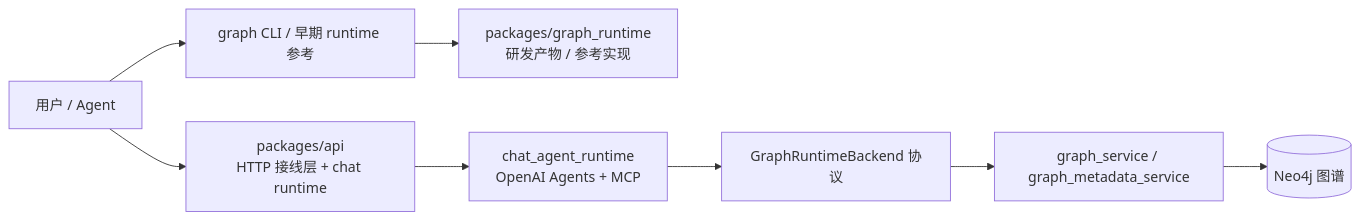
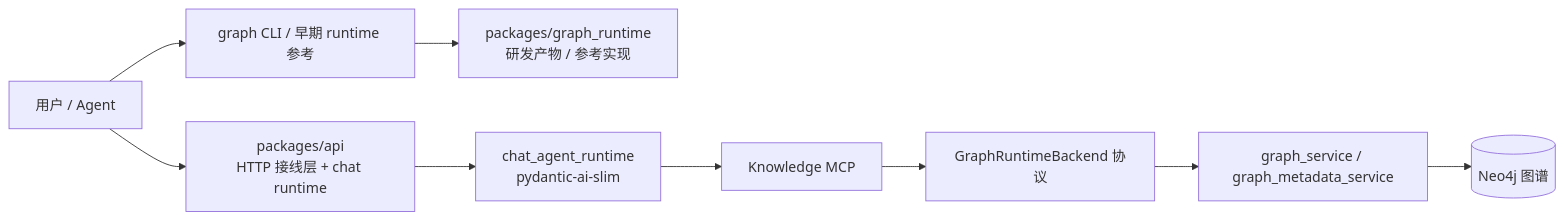
Before and after one commit to ticoAg/BaiCao: the second of 3 diagrams in docs/architecture/knowledge-model-and-ingestion.md, drawn with Mermaid. The commit also changed other lines of this file and 51 other files, not shown here.

First line of the commit message:
feat: 问答改走 pydantic-ai-slim，并收口图检索与数据集发布

````diff
--- a/docs/architecture/knowledge-model-and-ingestion.md
+++ b/docs/architecture/knowledge-model-and-ingestion.md
@@ -155,10 +155,11 @@
 ```mermaid
 flowchart LR
     User[用户 / Agent] --> CLI[graph CLI / 早期 runtime 参考]
     User --> API[packages/api<br/>HTTP 接线层 + chat runtime]
     CLI --> LegacyRuntime[packages/graph_runtime<br/>研发产物 / 参考实现]
-    API --> Runtime[chat_agent_runtime<br/>OpenAI Agents + MCP]
-    Runtime --> Backend[GraphRuntimeBackend 协议]
+    API --> Runtime[chat_agent_runtime<br/>pydantic-ai-slim]
+    Runtime --> Mcp[Knowledge MCP]
+    Mcp --> Backend[GraphRuntimeBackend 协议]
     Backend --> GraphService[graph_service / graph_metadata_service]
     GraphService --> Neo4j[(Neo4j 图谱)]
 ```
````
